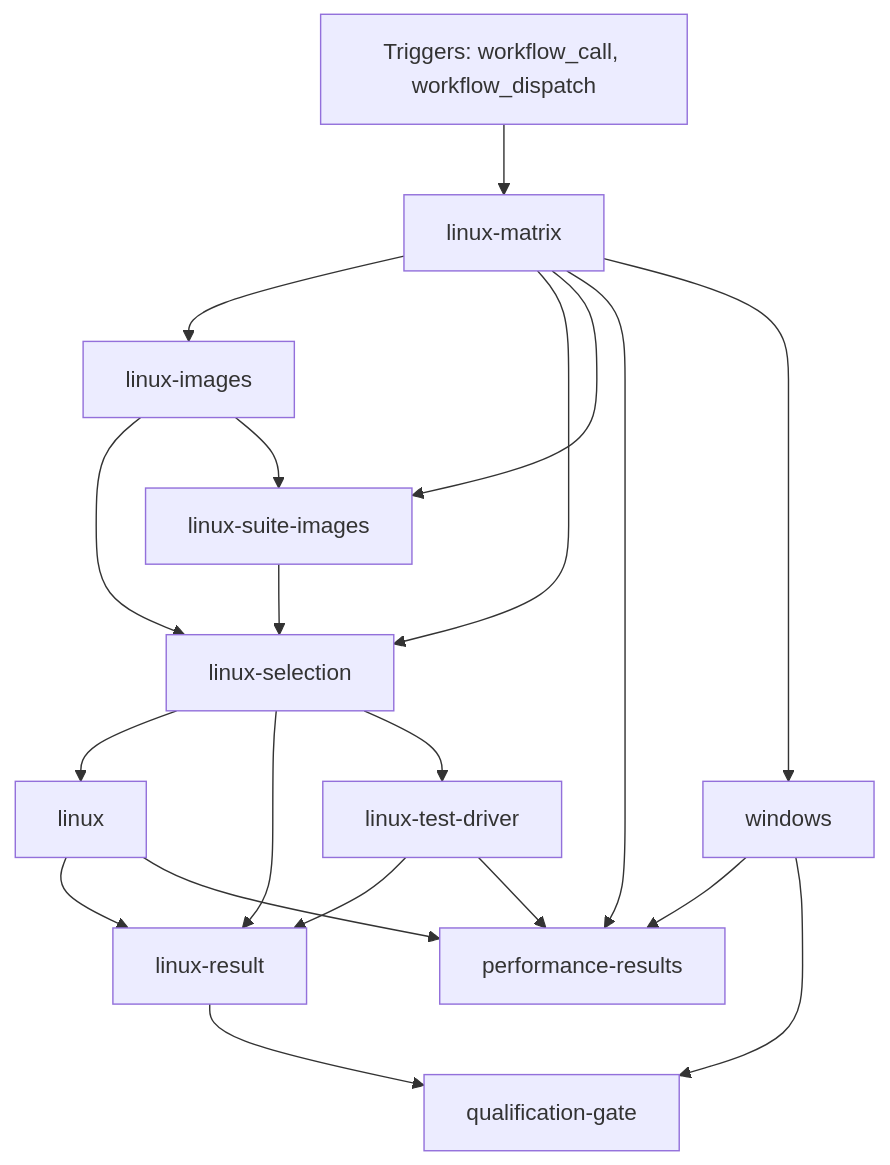
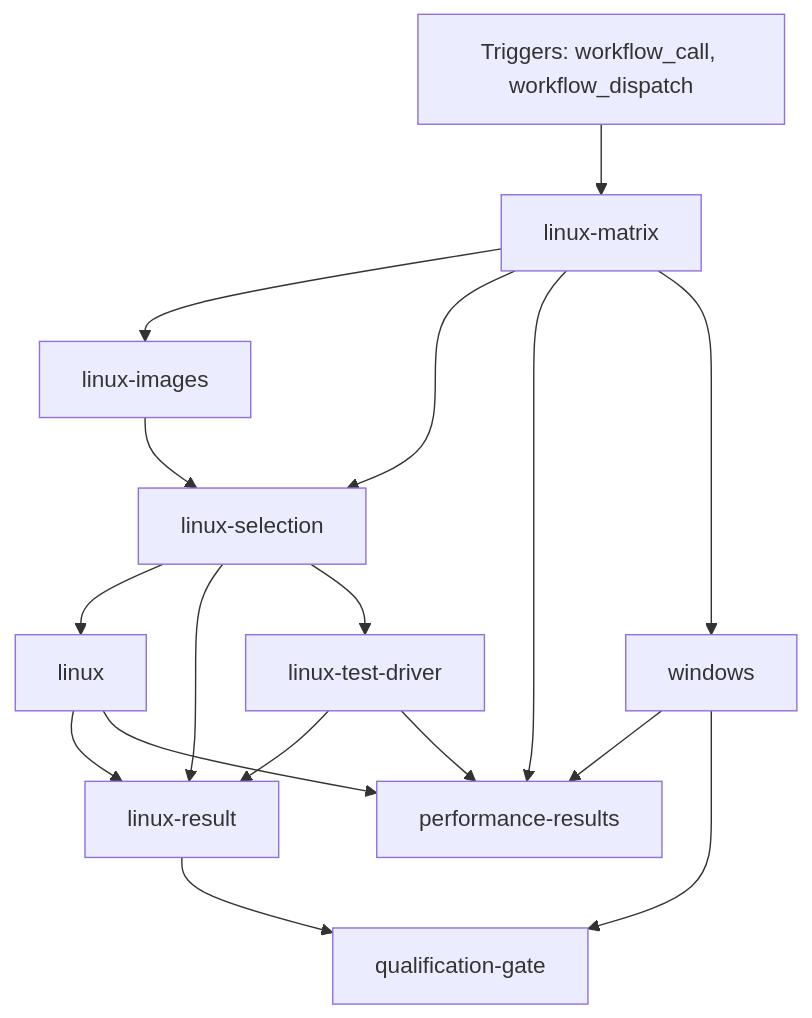
One commit to FrenchExDev2/QuietCli.PoSh changed the diagram in docs/ci/github/script-ci.md. Above: the diagram before and after it, drawn with Mermaid. The commit also changed other lines of this file and 40 other files, not shown here.

```diff
--- a/docs/ci/github/script-ci.md
+++ b/docs/ci/github/script-ci.md
@@ -26,33 +26,29 @@
 ~~~mermaid
 flowchart TD
     event["Triggers: workflow_call, workflow_dispatch"]
     job_linux["linux"]
     job_linux_images["linux-images"]
     job_linux_matrix["linux-matrix"]
     job_linux_result["linux-result"]
     job_linux_selection["linux-selection"]
-    job_linux_suite_images["linux-suite-images"]
     job_linux_test_driver["linux-test-driver"]
     job_performance_results["performance-results"]
     job_qualification_gate["qualification-gate"]
     job_windows["windows"]
     job_linux_selection --> job_linux
     job_linux_matrix --> job_linux_images
     event --> job_linux_matrix
     job_linux_selection --> job_linux_result
     job_linux --> job_linux_result
     job_linux_test_driver --> job_linux_result
     job_linux_matrix --> job_linux_selection
     job_linux_images --> job_linux_selection
-    job_linux_suite_images --> job_linux_selection
-    job_linux_matrix --> job_linux_suite_images
-    job_linux_images --> job_linux_suite_images
     job_linux_selection --> job_linux_test_driver
     job_linux_matrix --> job_performance_results
     job_windows --> job_performance_results
     job_linux --> job_performance_results
     job_linux_test_driver --> job_performance_results
     job_windows --> job_qualification_gate
     job_linux_result --> job_qualification_gate
     job_linux_matrix --> job_windows
 ~~~
```
